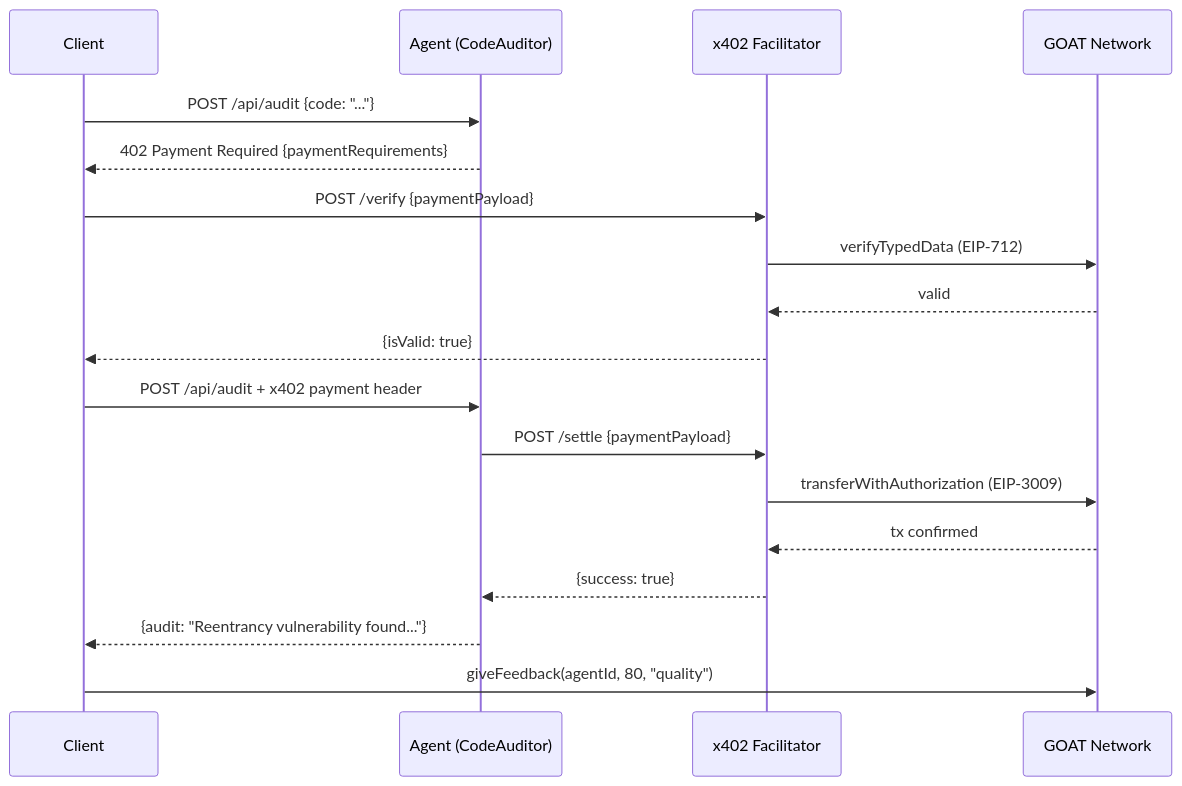
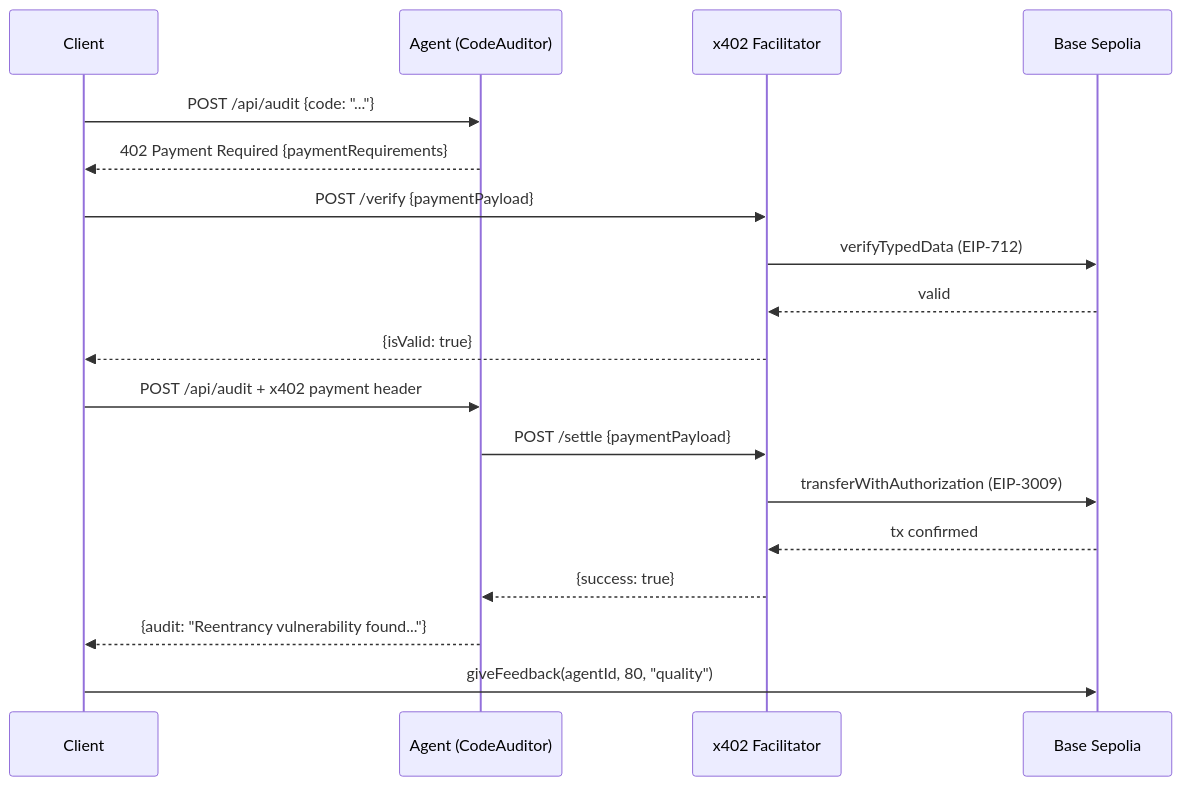
One commit to calderbuild/bitagent changed the second of 2 diagrams in README.md. Above: the diagram before and after it, drawn with Mermaid. The commit also changed other lines of this file and 30 other files, not shown here.

Commit message:
feat: migrate to Base Sepolia, deploy ERC-8004 proxies, polish frontend

````diff
--- a/README.md
+++ b/README.md
@@ -227,21 +170,21 @@
 ```mermaid
 sequenceDiagram
     participant C as Client
     participant A as Agent (CodeAuditor)
     participant F as x402 Facilitator
-    participant G as GOAT Network
+    participant B as Base Sepolia
 
     C->>A: POST /api/audit {code: "..."}
     A-->>C: 402 Payment Required {paymentRequirements}
     C->>F: POST /verify {paymentPayload}
-    F->>G: verifyTypedData (EIP-712)
-    G-->>F: valid
+    F->>B: verifyTypedData (EIP-712)
+    B-->>F: valid
     F-->>C: {isValid: true}
     C->>A: POST /api/audit + x402 payment header
     A->>F: POST /settle {paymentPayload}
-    F->>G: transferWithAuthorization (EIP-3009)
-    G-->>F: tx confirmed
+    F->>B: transferWithAuthorization (EIP-3009)
+    B-->>F: tx confirmed
     F-->>A: {success: true}
     A-->>C: {audit: "Reentrancy vulnerability found..."}
-    C->>G: giveFeedback(agentId, 80, "quality")
+    C->>B: giveFeedback(agentId, 80, "quality")
 ```
````
